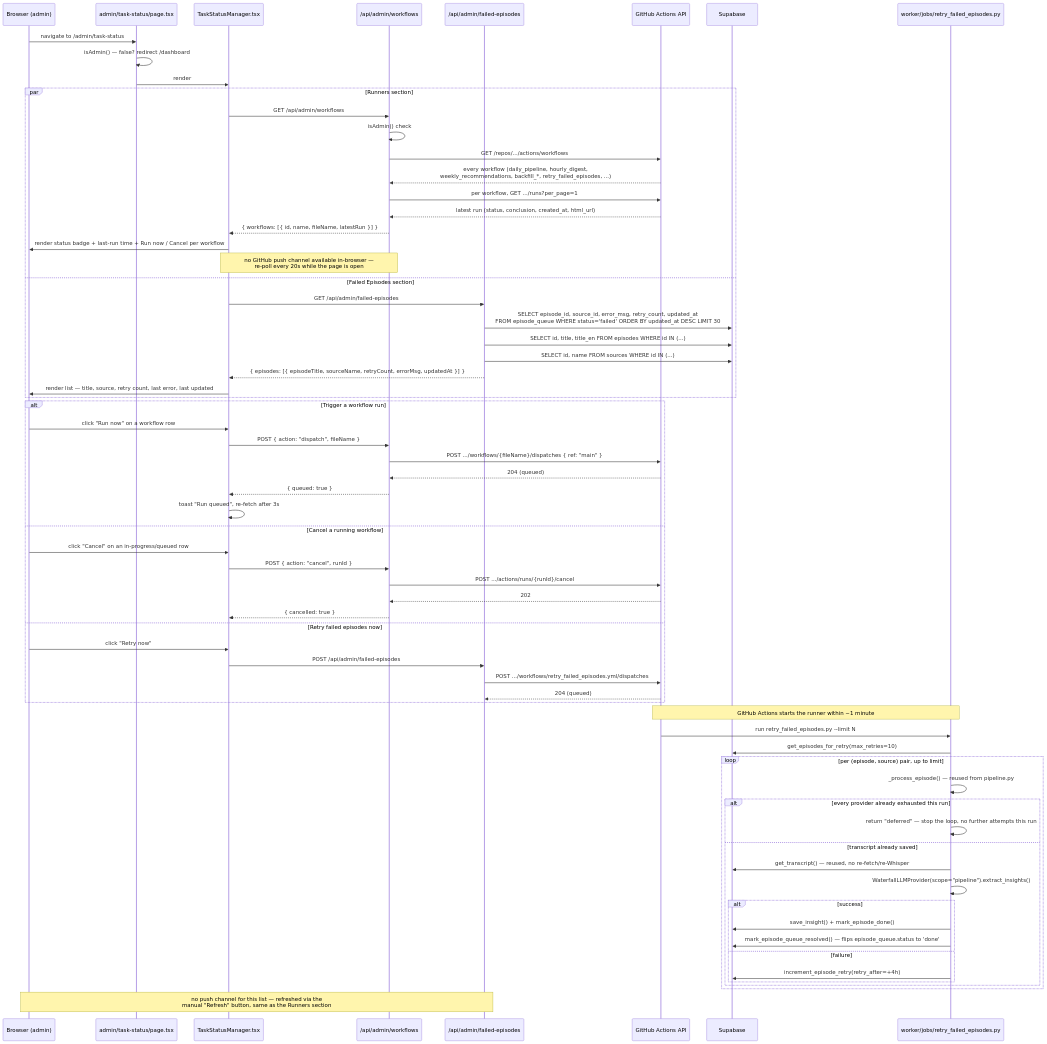
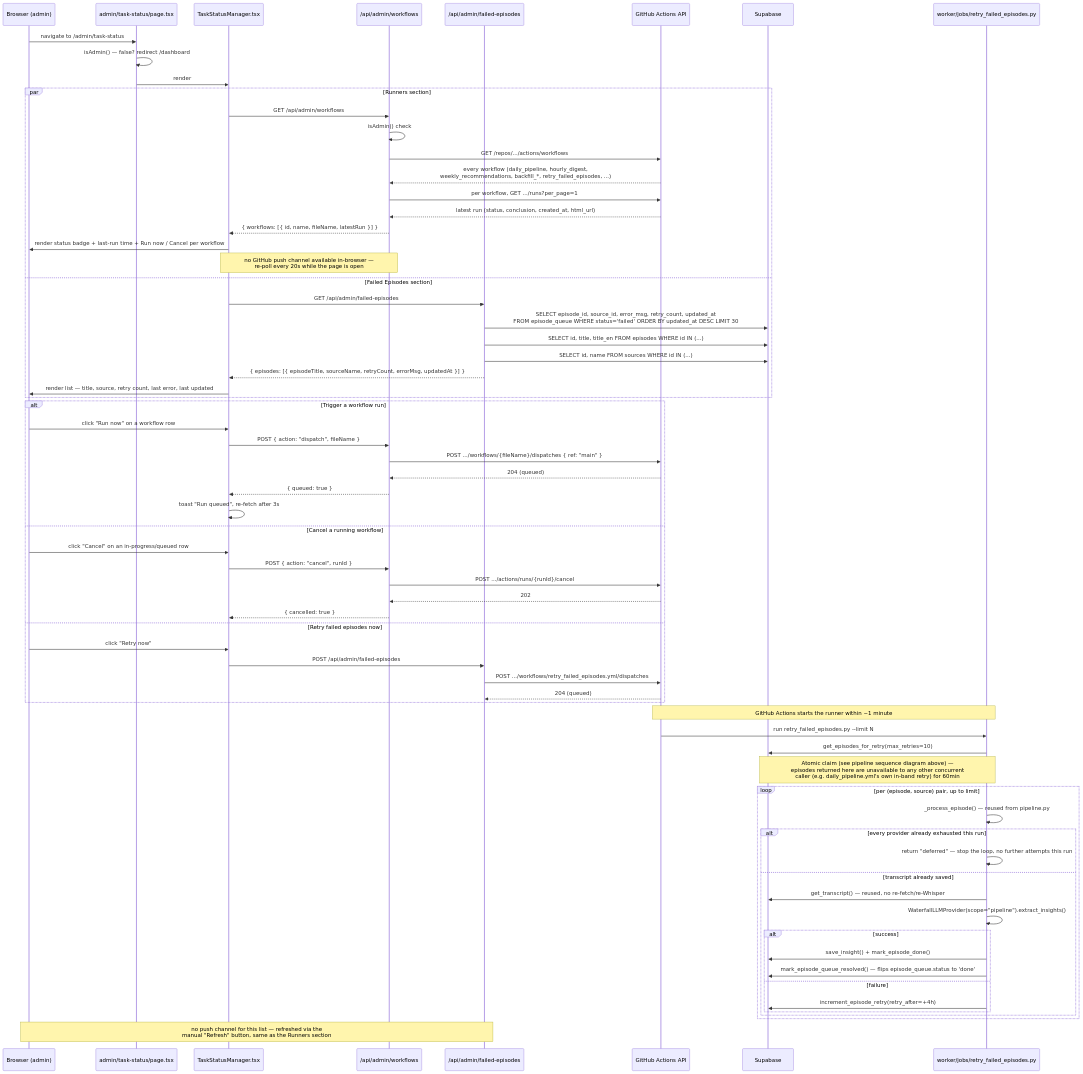
Diagram 29 of 31 in docs/request-workflow.md (vtghub/PodcastsSummarizer), drawn with Mermaid before and after one commit. The commit also changed other lines of this file and 2 other files, not shown here.

First line of the commit message:
docs: update architecture and workflow diagrams post-PR #329

````diff
--- a/docs/request-workflow.md
+++ b/docs/request-workflow.md
@@ -1258,74 +1259,75 @@
 ```mermaid
 sequenceDiagram
     participant B as Browser (admin)
     participant PAGE as admin/task-status/page.tsx
     participant MGR as TaskStatusManager.tsx
     participant WFAPI as /api/admin/workflows
     participant FEAPI as /api/admin/failed-episodes
     participant GH as GitHub Actions API
     participant DB as Supabase
     participant JOB as worker/jobs/retry_failed_episodes.py
 
     B->>PAGE: navigate to /admin/task-status
     PAGE->>PAGE: isAdmin() — false? redirect /dashboard
     PAGE->>MGR: render
 
     par Runners section
         MGR->>WFAPI: GET /api/admin/workflows
         WFAPI->>WFAPI: isAdmin() check
         WFAPI->>GH: GET /repos/.../actions/workflows
         GH-->>WFAPI: every workflow (daily_pipeline, hourly_digest,<br/>weekly_recommendations, backfill_*, retry_failed_episodes, ...)
         WFAPI->>GH: per workflow, GET .../runs?per_page=1
         GH-->>WFAPI: latest run (status, conclusion, created_at, html_url)
         WFAPI-->>MGR: { workflows: [{ id, name, fileName, latestRun }] }
         MGR->>B: render status badge + last-run time + Run now / Cancel per workflow
         Note over MGR,WFAPI: no GitHub push channel available in-browser —<br/>re-poll every 20s while the page is open
     and Failed Episodes section
         MGR->>FEAPI: GET /api/admin/failed-episodes
         FEAPI->>DB: SELECT episode_id, source_id, error_msg, retry_count, updated_at<br/>FROM episode_queue WHERE status='failed' ORDER BY updated_at DESC LIMIT 30
         FEAPI->>DB: SELECT id, title, title_en FROM episodes WHERE id IN (...)
         FEAPI->>DB: SELECT id, name FROM sources WHERE id IN (...)
         FEAPI-->>MGR: { episodes: [{ episodeTitle, sourceName, retryCount, errorMsg, updatedAt }] }
         MGR->>B: render list — title, source, retry count, last error, last updated
     end
 
     alt Trigger a workflow run
         B->>MGR: click "Run now" on a workflow row
         MGR->>WFAPI: POST { action: "dispatch", fileName }
         WFAPI->>GH: POST .../workflows/{fileName}/dispatches { ref: "main" }
         GH-->>WFAPI: 204 (queued)
         WFAPI-->>MGR: { queued: true }
         MGR->>MGR: toast "Run queued", re-fetch after 3s
     else Cancel a running workflow
         B->>MGR: click "Cancel" on an in-progress/queued row
         MGR->>WFAPI: POST { action: "cancel", runId }
         WFAPI->>GH: POST .../actions/runs/{runId}/cancel
         GH-->>WFAPI: 202
         WFAPI-->>MGR: { cancelled: true }
     else Retry failed episodes now
         B->>MGR: click "Retry now"
         MGR->>FEAPI: POST /api/admin/failed-episodes
         FEAPI->>GH: POST .../workflows/retry_failed_episodes.yml/dispatches
         GH-->>FEAPI: 204 (queued)
     end
 
     Note over GH,JOB: GitHub Actions starts the runner within ~1 minute
     GH->>JOB: run retry_failed_episodes.py --limit N
     JOB->>DB: get_episodes_for_retry(max_retries=10)
+    Note over JOB,DB: Atomic claim (see pipeline sequence diagram above) —<br/>episodes returned here are unavailable to any other concurrent<br/>caller (e.g. daily_pipeline.yml's own in-band retry) for 60min
     loop per (episode, source) pair, up to limit
         JOB->>JOB: _process_episode() — reused from pipeline.py
         alt every provider already exhausted this run
             JOB->>JOB: return "deferred" — stop the loop, no further attempts this run
         else transcript already saved
             JOB->>DB: get_transcript() — reused, no re-fetch/re-Whisper
             JOB->>JOB: WaterfallLLMProvider(scope="pipeline").extract_insights()
             alt success
                 JOB->>DB: save_insight() + mark_episode_done()
                 JOB->>DB: mark_episode_queue_resolved() — flips episode_queue.status to 'done'
             else failure
                 JOB->>DB: increment_episode_retry(retry_after=+4h)
             end
         end
     end
     Note over B,FEAPI: no push channel for this list — refreshed via the<br/>manual "Refresh" button, same as the Runners section
 ```
````
